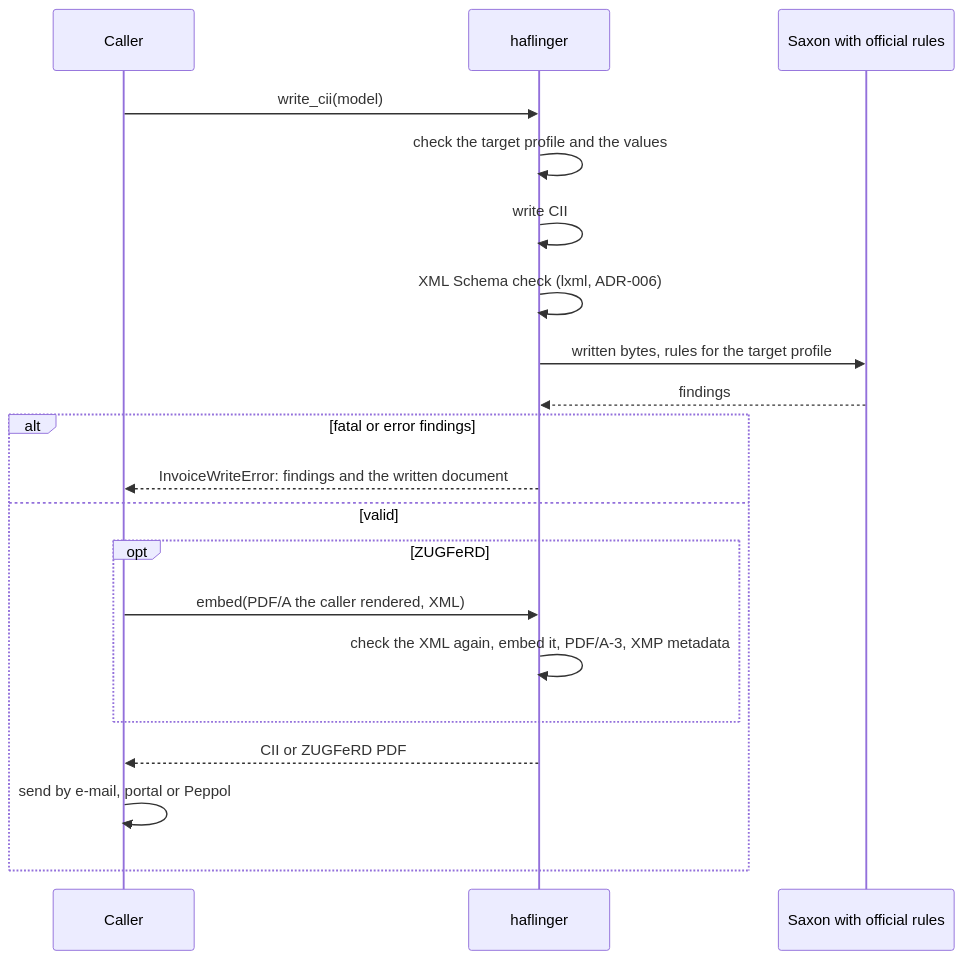
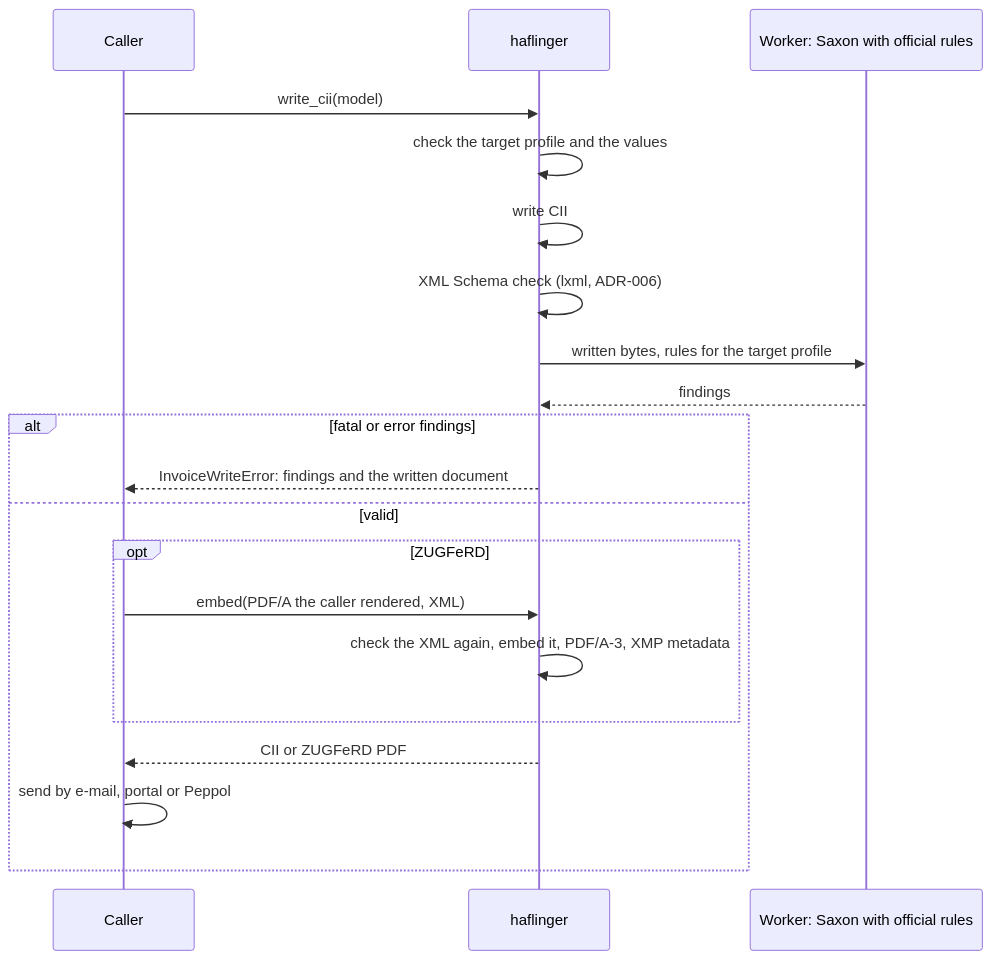
Before and after one commit to Interlusion/haflinger: the fourth of 5 diagrams in docs/arc42/README.md, drawn with Mermaid. The commit also changed other lines of this file and 7 other files, not shown here.

````diff
--- a/docs/arc42/README.md
+++ b/docs/arc42/README.md
@@ -176,22 +179,22 @@
 ```mermaid
 sequenceDiagram
     participant A as Caller
     participant H as haflinger
-    participant S as Saxon with official rules
+    participant S as Worker: Saxon with official rules
     A->>H: write_cii(model)
     H->>H: check the target profile and the values
     H->>H: write CII
     H->>H: XML Schema check (lxml, ADR-006)
     H->>S: written bytes, rules for the target profile
     S-->>H: findings
     alt fatal or error findings
         H-->>A: InvoiceWriteError: findings and the written document
     else valid
         opt ZUGFeRD
             A->>H: embed(PDF/A the caller rendered, XML)
             H->>H: check the XML again, embed it, PDF/A-3, XMP metadata
         end
         H-->>A: CII or ZUGFeRD PDF
         A->>A: send by e-mail, portal or Peppol
     end
 ```
````
